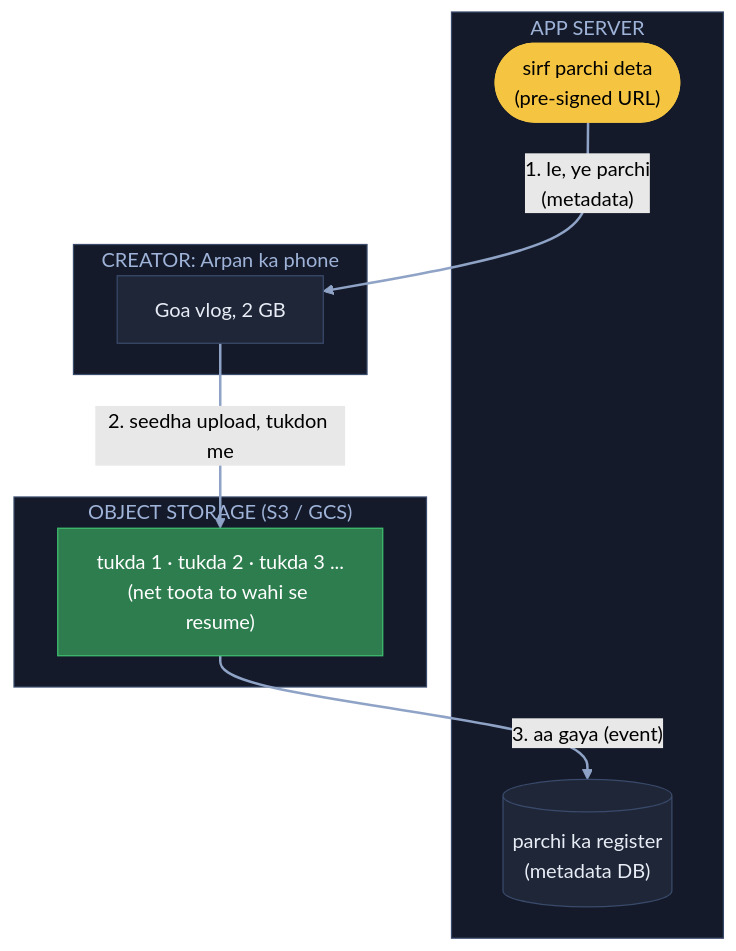
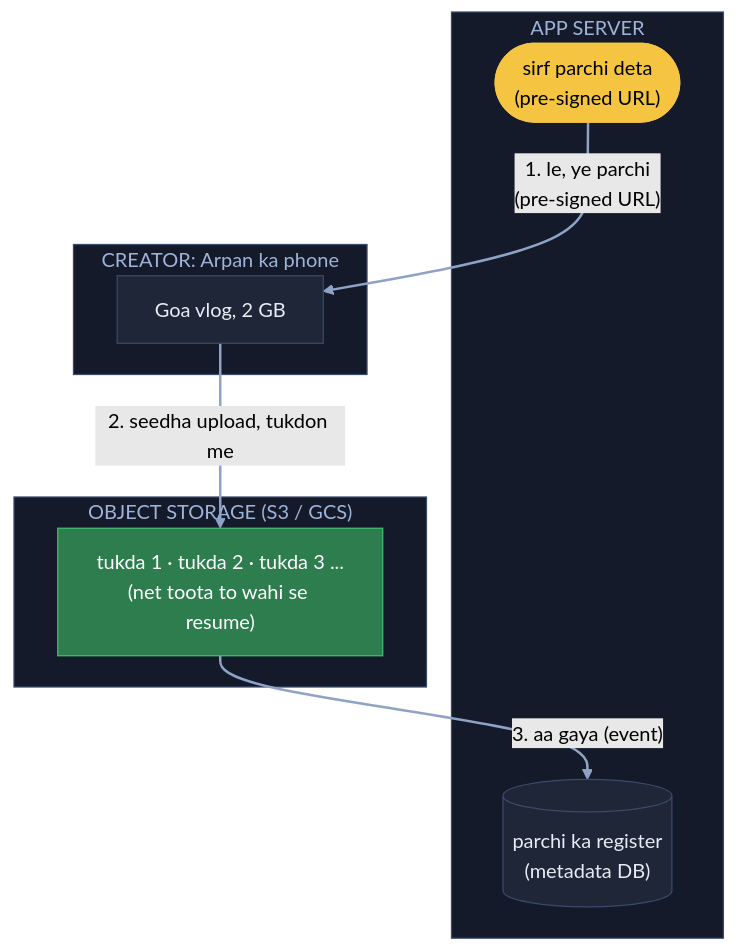
Before and after one commit to ArpanMaheshwari144/Prep: the first of 9 diagrams in 04_HLD/SYSTEM_DESIGNS/19_youtube/19_youtube.md, drawn with Mermaid (forest theme).

Commit message:
YouTube kadam 1 diagram: phone ko di parchi = pre-signed URL (metadata nahi)

````diff
--- a/04_HLD/SYSTEM_DESIGNS/19_youtube/19_youtube.md
+++ b/04_HLD/SYSTEM_DESIGNS/19_youtube/19_youtube.md
@@ -86,23 +86,23 @@
 ```mermaid
 flowchart TB
     subgraph C["CREATOR: Arpan ka phone"]
         F["Goa vlog, 2 GB"]:::card
     end
     subgraph A["APP SERVER"]
         P(["sirf parchi deta<br/>(pre-signed URL)"]):::pill
         M[("parchi ka register<br/>(metadata DB)")]:::card
     end
     subgraph S["OBJECT STORAGE (S3 / GCS)"]
         T["tukda 1 · tukda 2 · tukda 3 ...<br/>(net toota to wahi se resume)"]:::good
     end
-    P -- "1. le, ye parchi<br/>(metadata)" --> F
+    P -- "1. le, ye parchi<br/>(pre-signed URL)" --> F
     F == "2. seedha upload, tukdon me" ==> T
     T -- "3. aa gaya (event)" --> M
     linkStyle default stroke:#8fa3c7,stroke-width:2px
     classDef card fill:#1e2638,stroke:#3a4a6b,color:#e8ecf5
     classDef pill fill:#f5c542,stroke:#f5c542,color:#000
     classDef good fill:#2e7d4f,stroke:#3fbf6f,color:#fff
     style C fill:#141a29,stroke:#3a4a6b,color:#9fb3d9
     style A fill:#141a29,stroke:#3a4a6b,color:#9fb3d9
     style S fill:#141a29,stroke:#3a4a6b,color:#9fb3d9
 ```
````
